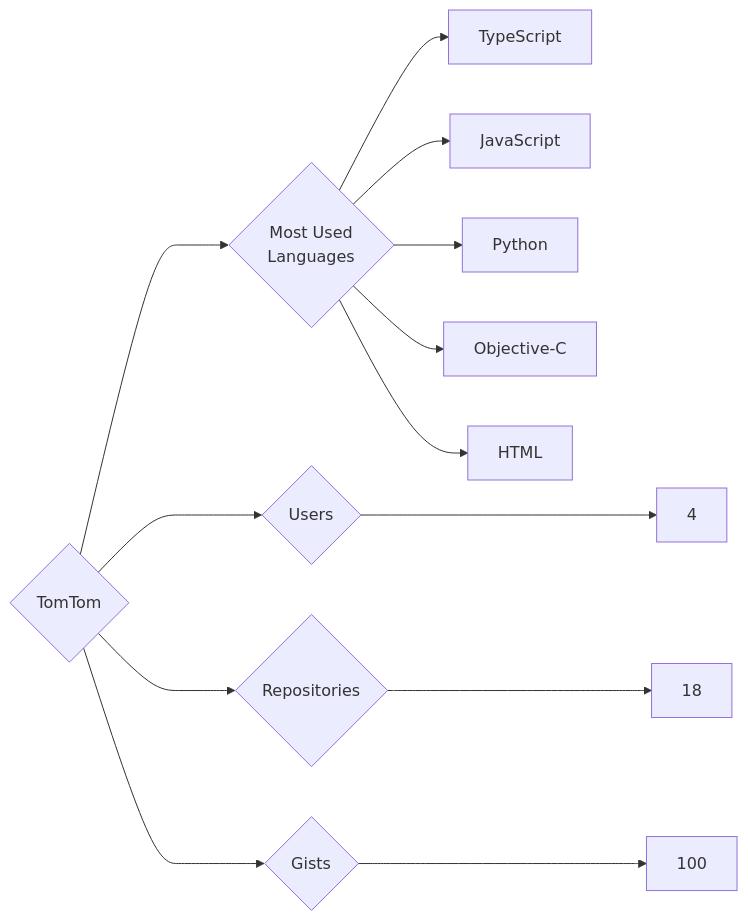
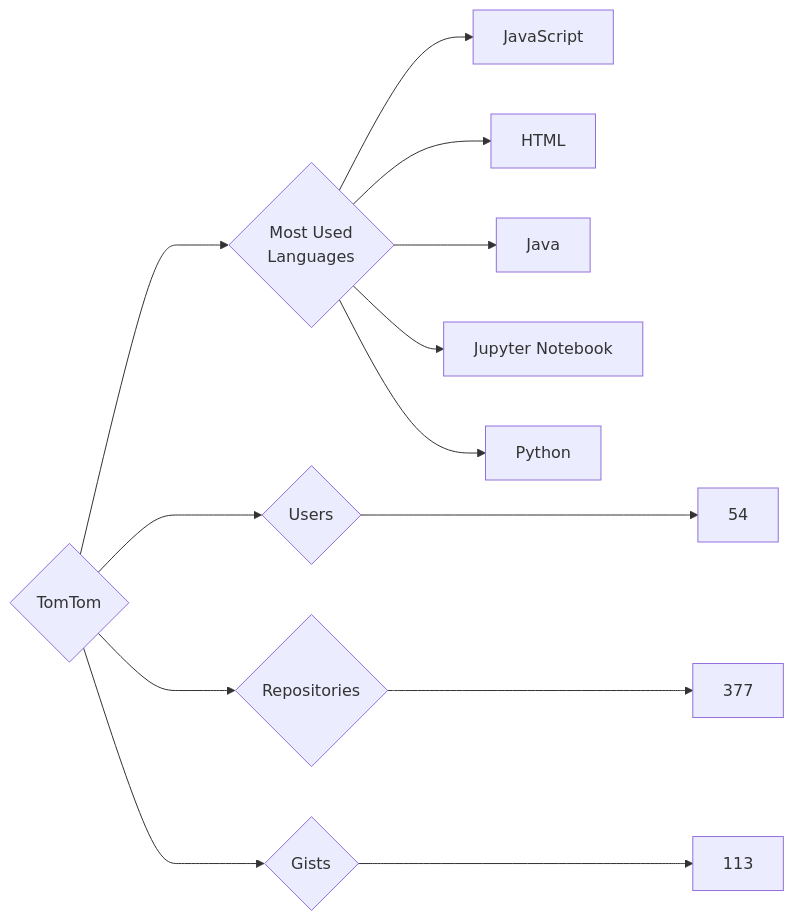
The diagram in targets/TomTom/README.md (trickest/insiders), drawn with Mermaid before and after one commit. The commit also changed 877 other files, not shown here.

````diff
--- a/targets/TomTom/README.md
+++ b/targets/TomTom/README.md
@@ -3,13 +3,13 @@
 ```mermaid
 graph LR
 COMPANY_NAME{TomTom}
-COMPANY_NAME ---> U{Users} ---> UN[4]
-COMPANY_NAME ---> R{Repositories} ---> RN[18]
-COMPANY_NAME ---> G{Gists} ---> GN[100]
+COMPANY_NAME ---> U{Users} ---> UN[54]
+COMPANY_NAME ---> R{Repositories} ---> RN[377]
+COMPANY_NAME ---> G{Gists} ---> GN[113]
 COMPANY_NAME ---> ML{Most Used<br>Languages}
-ML --> TypeScript[TypeScript]
 ML --> JavaScript[JavaScript]
+ML --> HTML[HTML]
+ML --> Java[Java]
+ML --> Jupyter_Notebook[Jupyter Notebook]
 ML --> Python[Python]
-ML --> Objective-C[Objective-C]
-ML --> HTML[HTML]
 ```
````
